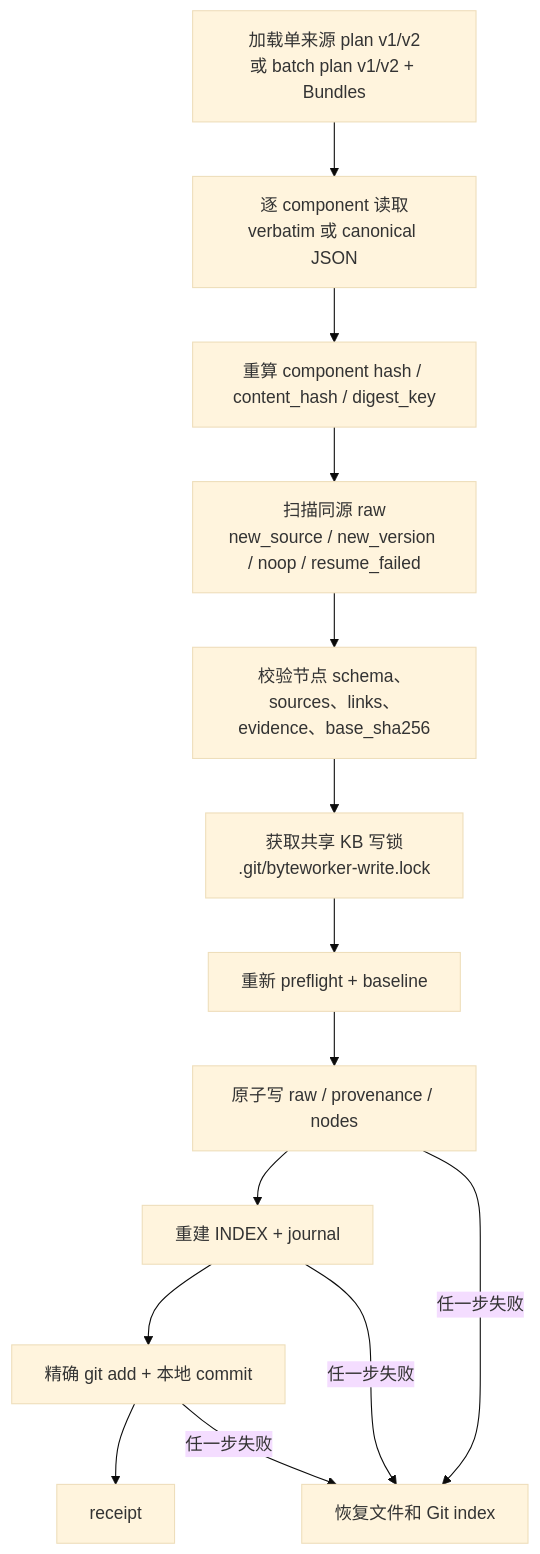
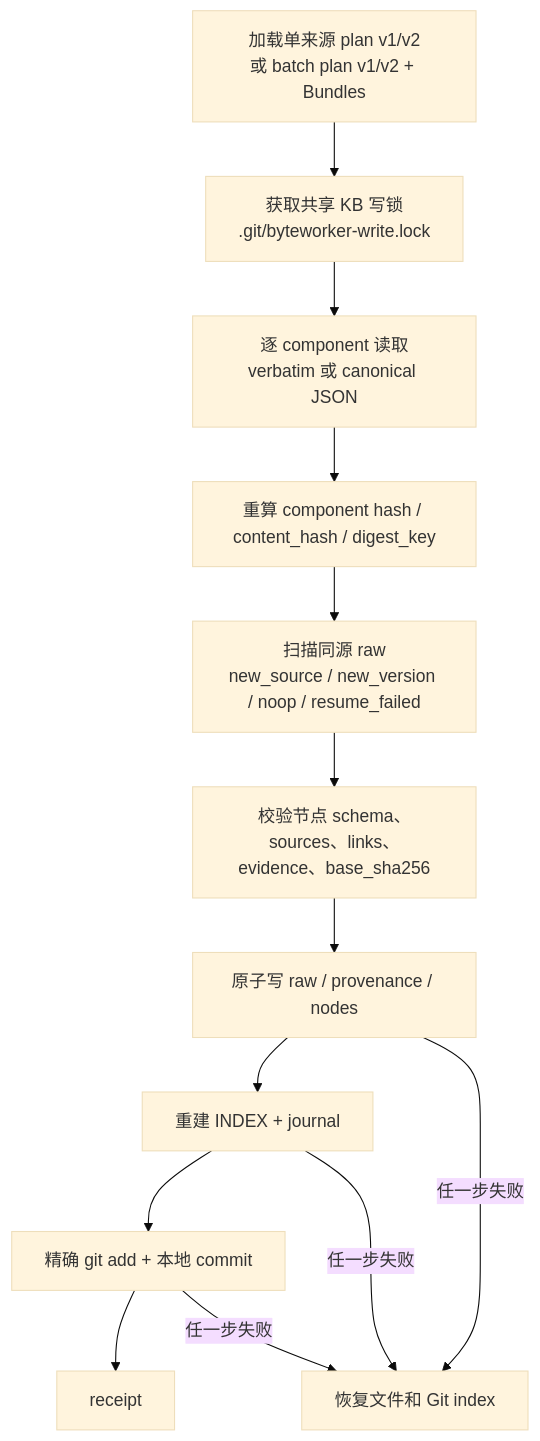
Diagram 15 of 19 in docs/development/ARCHITECTURE.md (ranjiao/byteworker), drawn with Mermaid (base theme) before and after one commit. The commit also changed other lines of this file and 34 other files, not shown here.

````diff
--- a/docs/development/ARCHITECTURE.md
+++ b/docs/development/ARCHITECTURE.md
@@ -1121,20 +1121,19 @@
 ```mermaid
 flowchart TD
     LOAD["加载单来源 plan v1/v2<br/>或 batch plan v1/v2 + Bundles"]
     PAY["逐 component 读取<br/>verbatim 或 canonical JSON"]
     HASH["重算 component hash / content_hash / digest_key"]
     PREF["扫描同源 raw<br/>new_source / new_version / noop / resume_failed"]
     VAL["校验节点 schema、sources、links、evidence、base_sha256"]
     LOCK["获取共享 KB 写锁<br/>.git/byteworker-write.lock"]
-    RECHECK["重新 preflight + baseline"]
     WRITE["原子写 raw / provenance / nodes"]
     DERIVE["重建 INDEX + journal"]
     GIT["精确 git add + 本地 commit"]
     REC["receipt"]
     ROLLBACK["恢复文件和 Git index"]
 
-    LOAD --> PAY --> HASH --> PREF --> VAL --> LOCK --> RECHECK --> WRITE --> DERIVE --> GIT --> REC
+    LOAD --> LOCK --> PAY --> HASH --> PREF --> VAL --> WRITE --> DERIVE --> GIT --> REC
     WRITE -->|"任一步失败"| ROLLBACK
     DERIVE -->|"任一步失败"| ROLLBACK
     GIT -->|"任一步失败"| ROLLBACK
 ```
````
